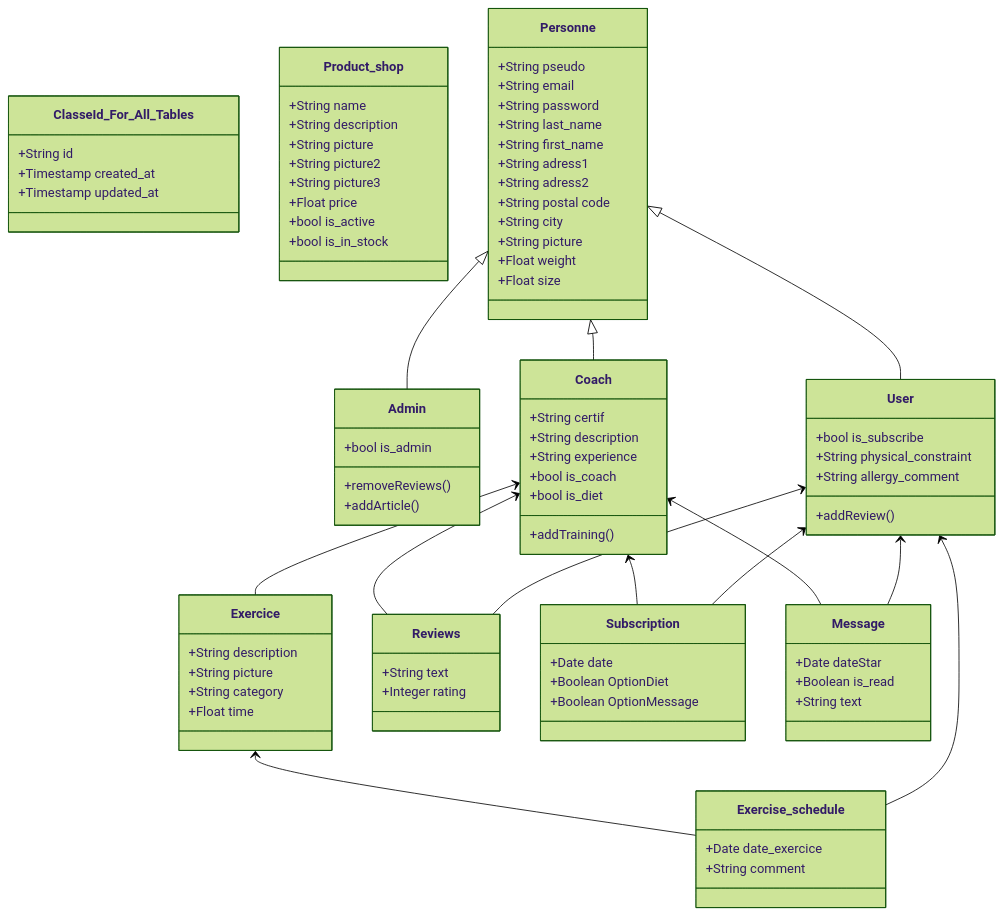
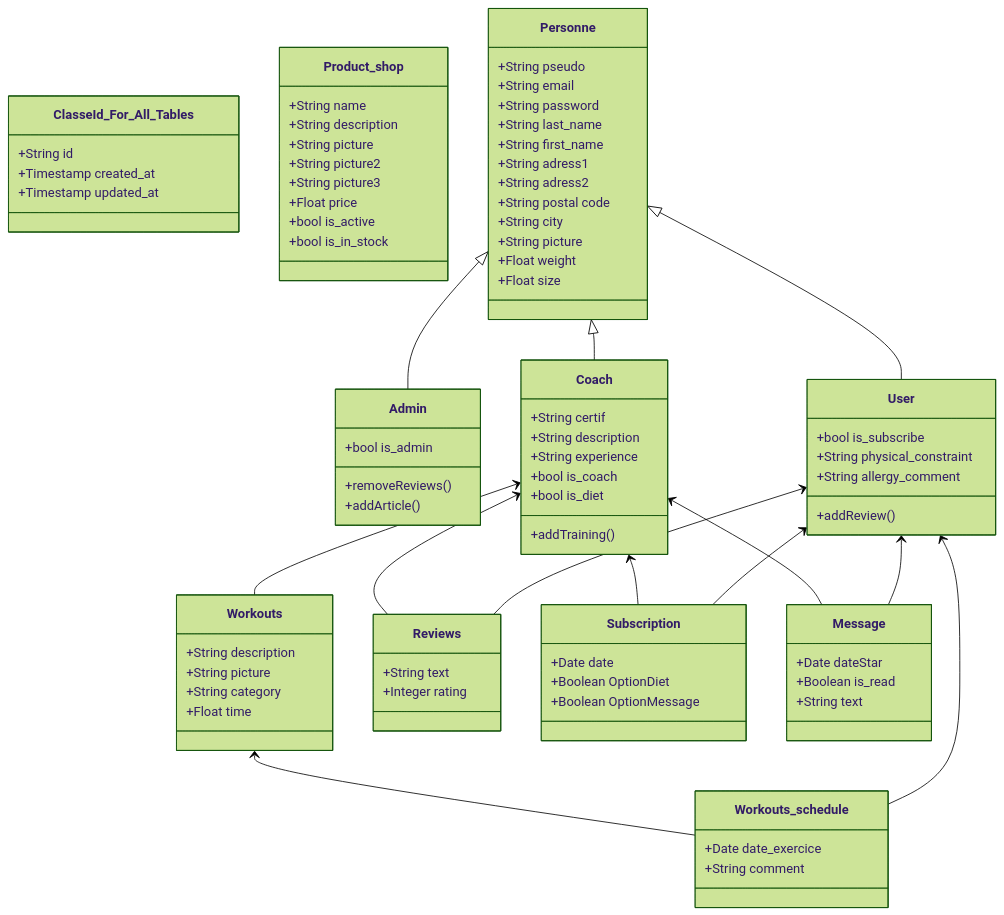
The diagram in Documentation/(Stage 3) Technical Documentation.md (Genia888/FitnessHub), drawn with Mermaid (forest theme) before and after one commit. The commit also changed other lines of this file, not shown here.

Commit message:
Refactor documentation: rename classes and add Workouts and Nutrition Plans APIs

```diff
--- a/Documentation/(Stage 3) Technical Documentation.md
+++ b/Documentation/(Stage 3) Technical Documentation.md
@@ -50,14 +50,14 @@
     }
 
 
-    class Exercice {
+    class Workouts {
       +String description
       +String picture
       +String category<Arms,Legs,Back,...>
       +Float time
     }
 
-    class Exercise_schedule {
+    class Workouts_schedule {
       +Date date_exercice
       +String comment
     }
@@ -101,9 +101,9 @@
 	    +Boolean is_read
 	    +String text
     }
-    Exercice <-- Exercise_schedule
-    User <-- Exercise_schedule
-    Coach <-- Exercice
+    Workouts <-- Workouts_schedule
+    User <-- Workouts_schedule
+    Coach <-- Workouts
     Personne <|-- Admin
     Personne <|-- User
     Coach <-- Reviews
```
